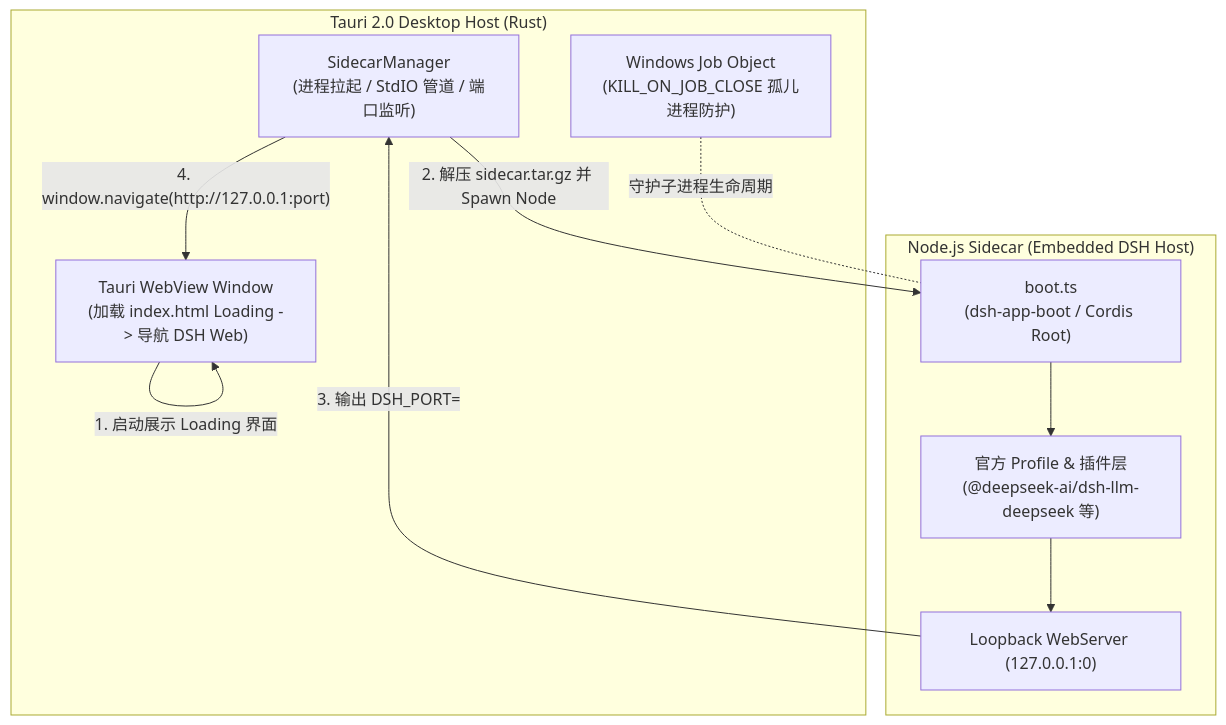
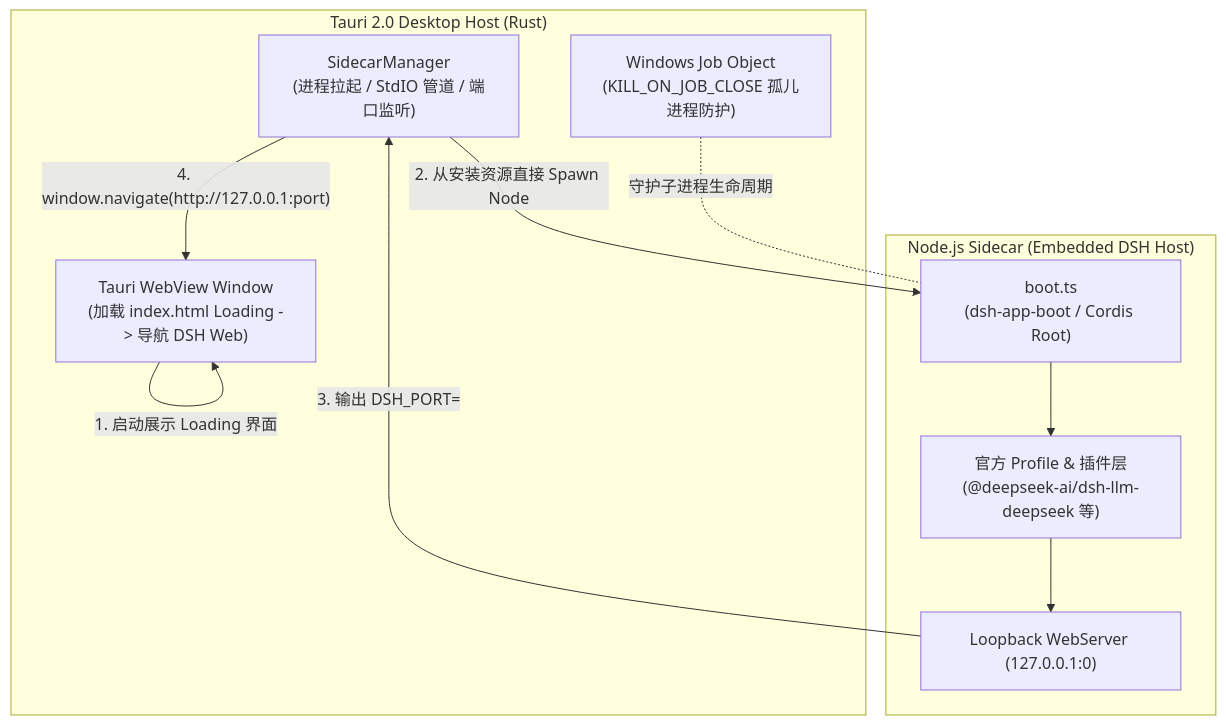
Before and after one commit to FuqiangCraft/deepseek-harness-gui: the diagram in README.md, drawn with Mermaid. The commit also changed other lines of this file and 12 other files, not shown here.

````diff
--- a/README.md
+++ b/README.md
@@ -46,21 +46,21 @@
 ```mermaid
 flowchart TB
     subgraph Host["Tauri 2.0 Desktop Host (Rust)"]
         MainWindow["Tauri WebView Window\n(加载 index.html Loading -> 导航 DSH Web)"]
         SidecarManager["SidecarManager\n(进程拉起 / StdIO 管道 / 端口监听)"]
         JobGuard["Windows Job Object\n(KILL_ON_JOB_CLOSE 孤儿进程防护)"]
     end
 
     subgraph Sidecar["Node.js Sidecar (Embedded DSH Host)"]
         BootScript["boot.ts\n(dsh-app-boot / Cordis Root)"]
         Plugins["官方 Profile & 插件层\n(@deepseek-ai/dsh-llm-deepseek 等)"]
         WebServer["Loopback WebServer (127.0.0.1:0)"]
     end
 
     MainWindow -- "1. 启动展示 Loading 界面" --> MainWindow
-    SidecarManager -- "2. 解压 sidecar.tar.gz 并 Spawn Node" --> BootScript
+    SidecarManager -- "2. 从安装资源直接 Spawn Node" --> BootScript
     BootScript --> Plugins --> WebServer
     WebServer -- "3. 输出 DSH_PORT=<port>" --> SidecarManager
     SidecarManager -- "4. window.navigate(http://127.0.0.1:port)" --> MainWindow
     JobGuard -. "守护子进程生命周期" .- BootScript
 ```
````
